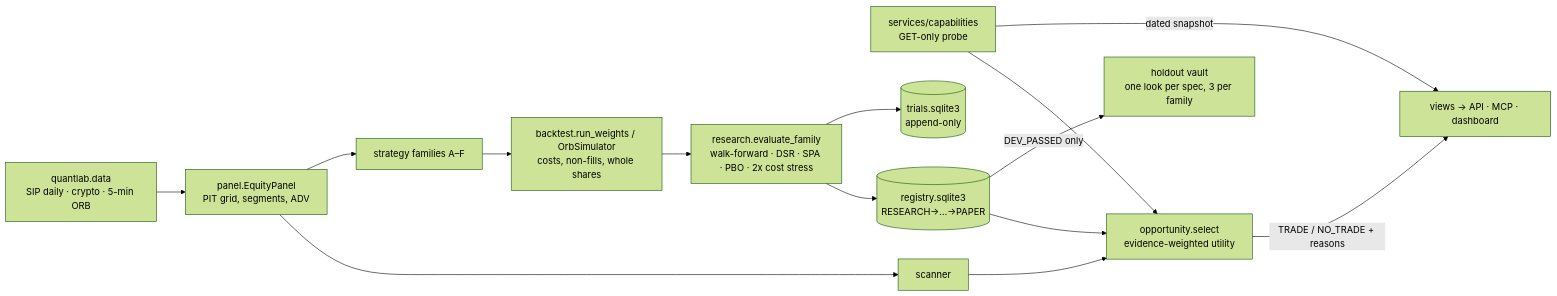
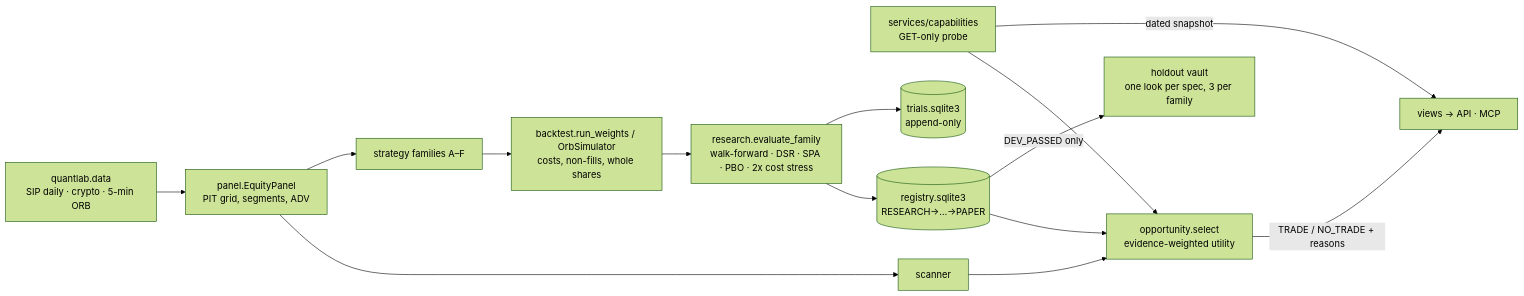
The diagram in docs/architecture/multi-asset-research.md (VJL0/ai-trading), drawn with Mermaid (forest theme) before and after one commit. The commit also changed other lines of this file and 190 other files, not shown here.

````diff
--- a/docs/architecture/multi-asset-research.md
+++ b/docs/architecture/multi-asset-research.md
@@ -7,15 +7,15 @@
 ```mermaid
 flowchart LR
   CAP[services/capabilities<br/>GET-only probe] -->|dated snapshot| VIEWS
   DATA[quantlab.data<br/>SIP daily · crypto · 5-min ORB] --> PANEL[panel.EquityPanel<br/>PIT grid, segments, ADV]
   PANEL --> FAM[strategy families A–F]
   FAM --> BT[backtest.run_weights / OrbSimulator<br/>costs, non-fills, whole shares]
   BT --> VAL[research.evaluate_family<br/>walk-forward · DSR · SPA · PBO · 2x cost stress]
   VAL --> LED[(trials.sqlite3<br/>append-only)]
   VAL --> REG[(registry.sqlite3<br/>RESEARCH→…→PAPER)]
   REG -->|DEV_PASSED only| HO[holdout vault<br/>one look per spec, 3 per family]
   PANEL --> SCAN[scanner] --> OPP[opportunity.select<br/>evidence-weighted utility]
   REG --> OPP
   CAP --> OPP
-  OPP -->|TRADE / NO_TRADE + reasons| VIEWS[views → API · MCP · dashboard]
+  OPP -->|TRADE / NO_TRADE + reasons| VIEWS[views → API · MCP]
 ```
````
